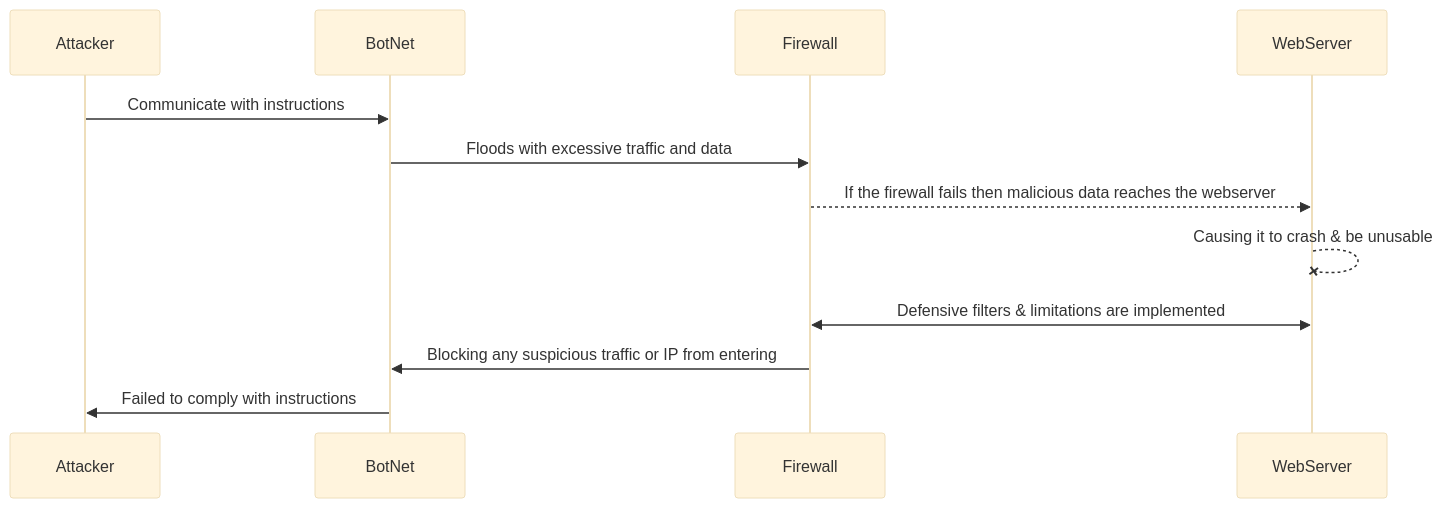
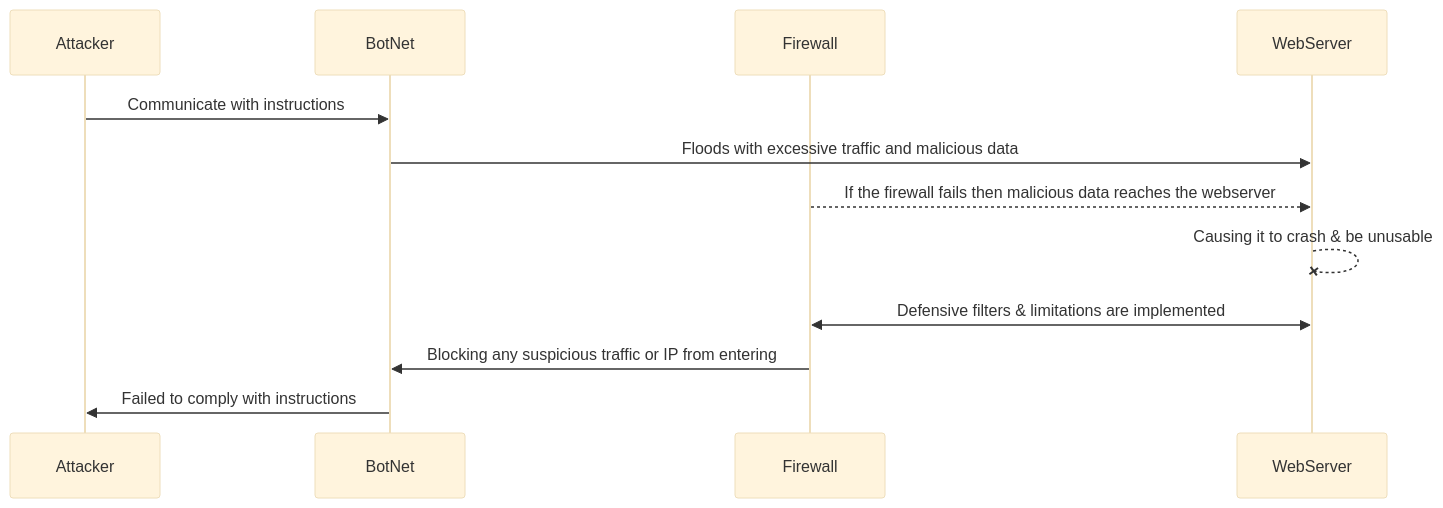
The diagram in README.md (kjbanegas/kjbanegaslab2.github.io), drawn with Mermaid (base theme) before and after one commit. The commit also changed other lines of this file, not shown here.

First line of the commit message:
DDoS_Attack_Sequence.md

````diff
--- a/README.md
+++ b/README.md
@@ -9,15 +9,15 @@
 ```mermaid
 sequenceDiagram
     participant Attacker
     participant BotNet
     participant Firewall
     participant WebServer
   Attacker->>BotNet: Communicate with instructions 
-  BotNet->>Firewall: Floods with excessive traffic and data
+  BotNet->>WebServer: Floods with excessive traffic and malicious data
   Firewall-->>WebServer: If the firewall fails then malicious data reaches the webserver 
   WebServer--xWebServer: Causing it to crash & be unusable
   Firewall<<->>WebServer: Defensive filters & limitations are implemented 
   Firewall->>BotNet: Blocking any suspicious traffic or IP from entering 
   BotNet->>Attacker: Failed to comply with instructions 
 
 ```
````
